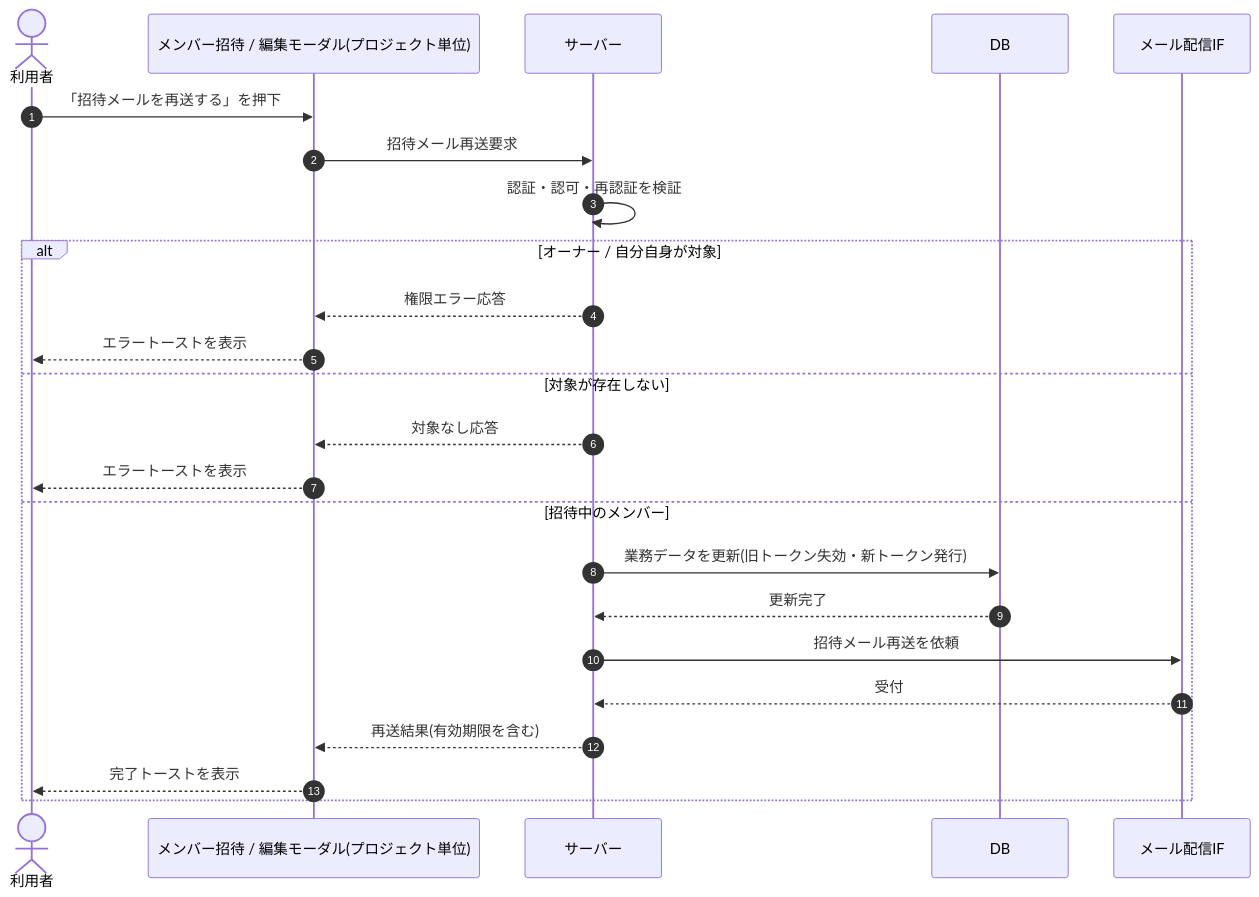
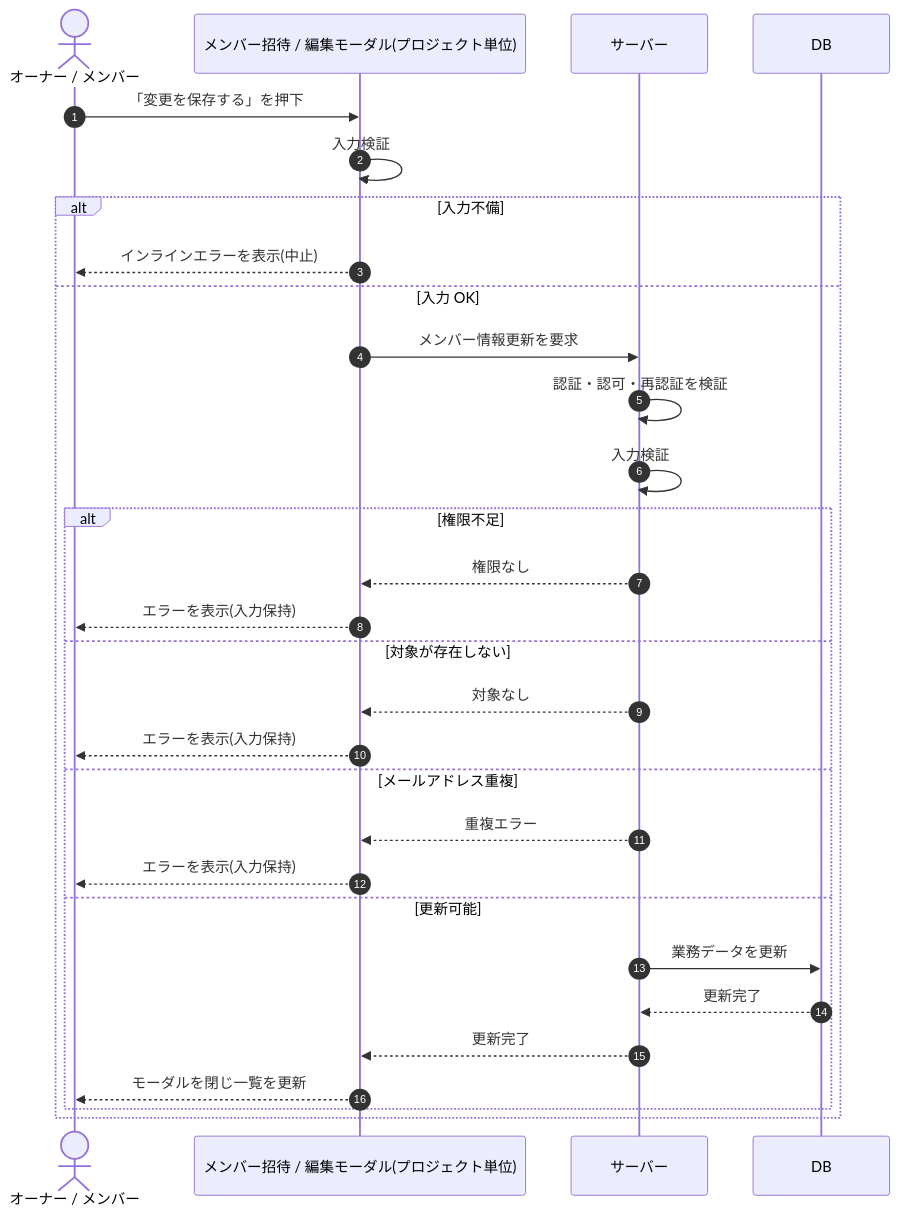
Before and after one commit to sikakou54/open-faq: the diagram in 02_basic_design/03_sequences/SEQ-049.md, drawn with Mermaid. The commit also changed other lines of this file and 395 other files, not shown here.

````diff
--- a/02_basic_design/03_sequences/SEQ-049.md
+++ b/02_basic_design/03_sequences/SEQ-049.md
@@ -25,26 +25,32 @@
 ```mermaid
 sequenceDiagram
   autonumber
-  actor U as 利用者
+  actor U as オーナー / メンバー
   participant Screen as メンバー招待 / 編集モーダル(プロジェクト単位)
   participant Server as サーバー
   participant DB as DB
-  participant MAIL as メール配信IF
-  U->>Screen: 「招待メールを再送する」を押下
-  Screen->>Server: 招待メール再送要求
-  Server->>Server: 認証・認可・再認証を検証
-  alt オーナー / 自分自身が対象
-    Server-->>Screen: 権限エラー応答
-    Screen-->>U: エラートーストを表示
-  else 対象が存在しない
-    Server-->>Screen: 対象なし応答
-    Screen-->>U: エラートーストを表示
-  else 招待中のメンバー
-    Server->>DB: 業務データを更新(旧トークン失効・新トークン発行)
-    DB-->>Server: 更新完了
-    Server->>MAIL: 招待メール再送を依頼
-    MAIL-->>Server: 受付
-    Server-->>Screen: 再送結果(有効期限を含む)
-    Screen-->>U: 完了トーストを表示
+  U->>Screen: 「変更を保存する」を押下
+  Screen->>Screen: 入力検証
+  alt 入力不備
+    Screen-->>U: インラインエラーを表示(中止)
+  else 入力 OK
+    Screen->>Server: メンバー情報更新を要求
+    Server->>Server: 認証・認可・再認証を検証
+    Server->>Server: 入力検証
+    alt 権限不足
+      Server-->>Screen: 権限なし
+      Screen-->>U: エラーを表示(入力保持)
+    else 対象が存在しない
+      Server-->>Screen: 対象なし
+      Screen-->>U: エラーを表示(入力保持)
+    else メールアドレス重複
+      Server-->>Screen: 重複エラー
+      Screen-->>U: エラーを表示(入力保持)
+    else 更新可能
+      Server->>DB: 業務データを更新
+      DB-->>Server: 更新完了
+      Server-->>Screen: 更新完了
+      Screen-->>U: モーダルを閉じ一覧を更新
+    end
   end
 ```
````
